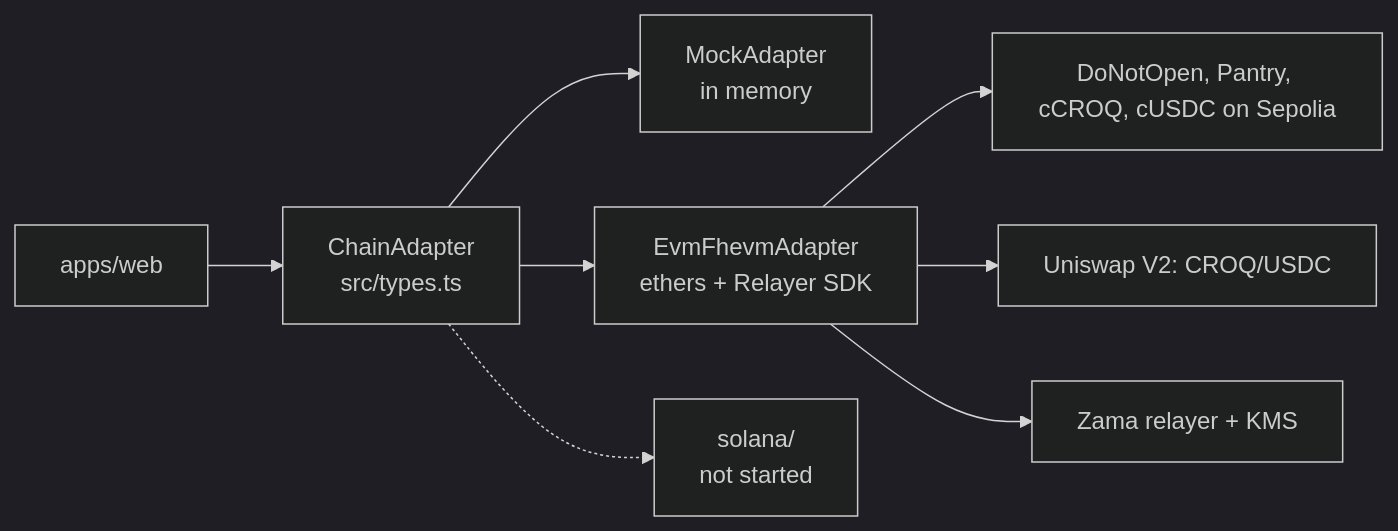
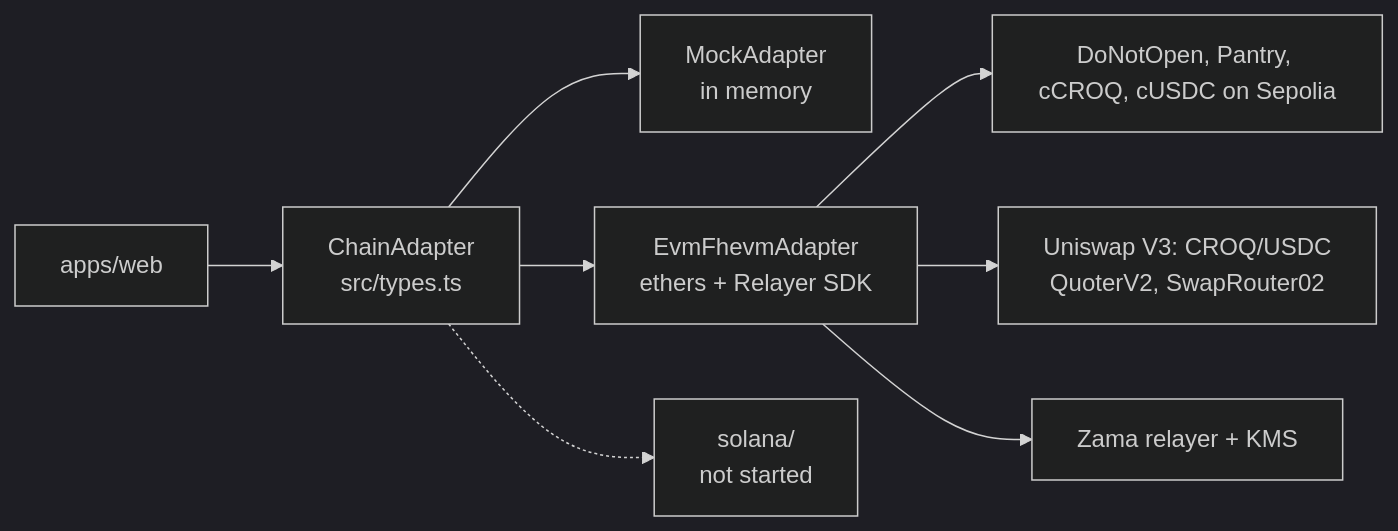
Before and after one commit to jecombe/do_not_open: the first of 2 diagrams in packages/chain-adapter/README.md, drawn with Mermaid (dark theme). The commit also changed other lines of this file and 58 other files, not shown here.

Commit message:
Open the CROQ market as a CROQ-only Uniswap V3 position locked for good, and redeploy the collection on Sepolia

````diff
--- a/packages/chain-adapter/README.md
+++ b/packages/chain-adapter/README.md
@@ -6,10 +6,10 @@
 ```mermaid
 flowchart LR
   web["apps/web"] --> iface["ChainAdapter<br/>src/types.ts"]
   iface --> mock["MockAdapter<br/>in memory"]
   iface --> evm["EvmFhevmAdapter<br/>ethers + Relayer SDK"]
   iface -.-> sol["solana/<br/>not started"]
   evm --> contract["DoNotOpen, Pantry, cCROQ, cUSDC on Sepolia"]
-  evm --> market["Uniswap V2: CROQ/USDC"]
+  evm --> market["Uniswap V3: CROQ/USDC<br/>QuoterV2, SwapRouter02"]
   evm --> relayer["Zama relayer + KMS"]
 ```
````
